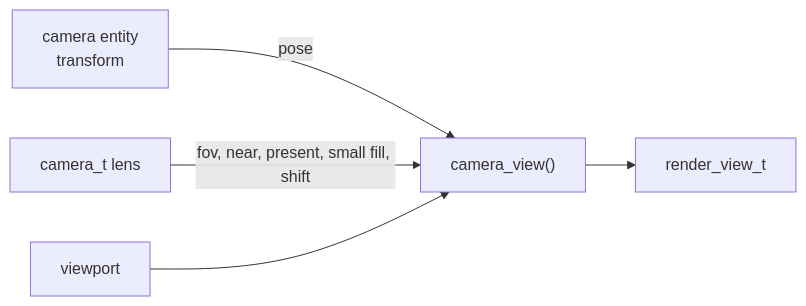
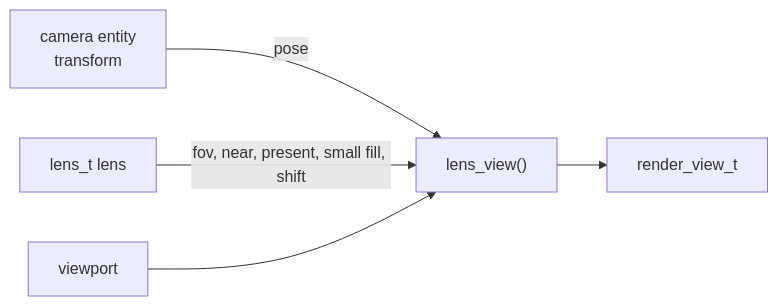
Before and after one commit to jose-villegas/autana: the diagram in docs/render/scene/Camera.md, drawn with Mermaid. The commit also changed other lines of this file and 87 other files, not shown here.

````diff
--- a/docs/render/scene/Camera.md
+++ b/docs/render/scene/Camera.md
@@ -12,7 +12,7 @@
 ```mermaid
 flowchart LR
-    E["camera entity<br/>transform"] -->|"pose"| V["camera_view()"]
-    L["camera_t lens"] -->|"fov, near, present, small fill, shift"| V
+    E["camera entity<br/>transform"] -->|"pose"| V["lens_view()"]
+    L["lens_t lens"] -->|"fov, near, present, small fill, shift"| V
     P["viewport"] --> V
     V --> R["render_view_t"]
 ```
````
